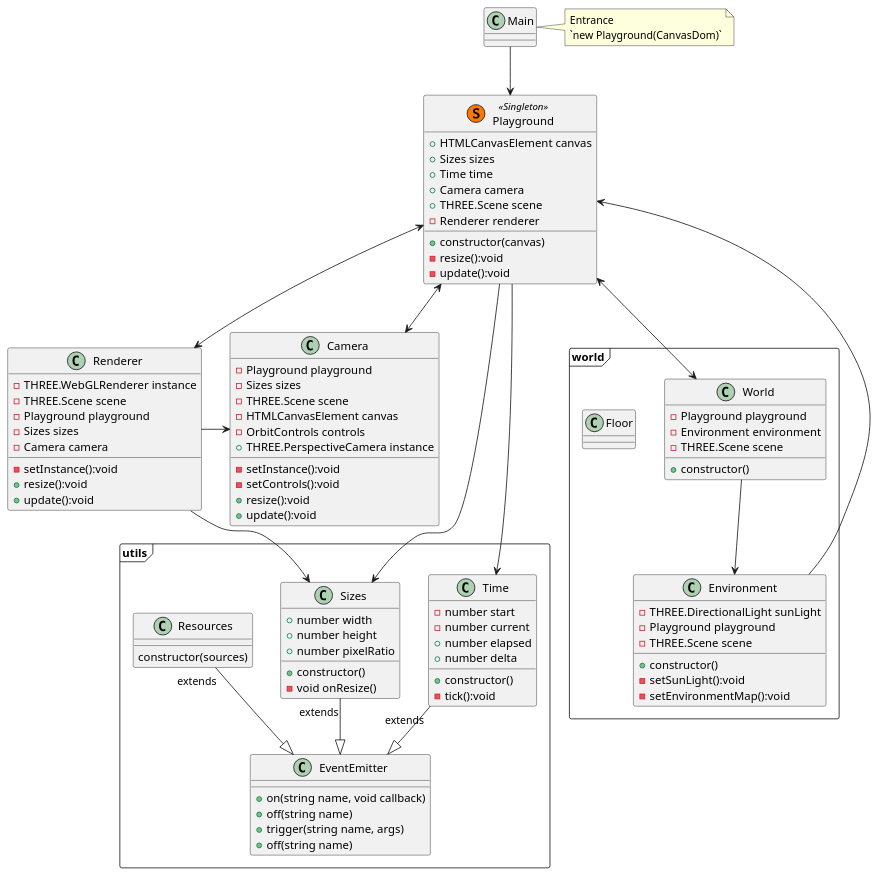
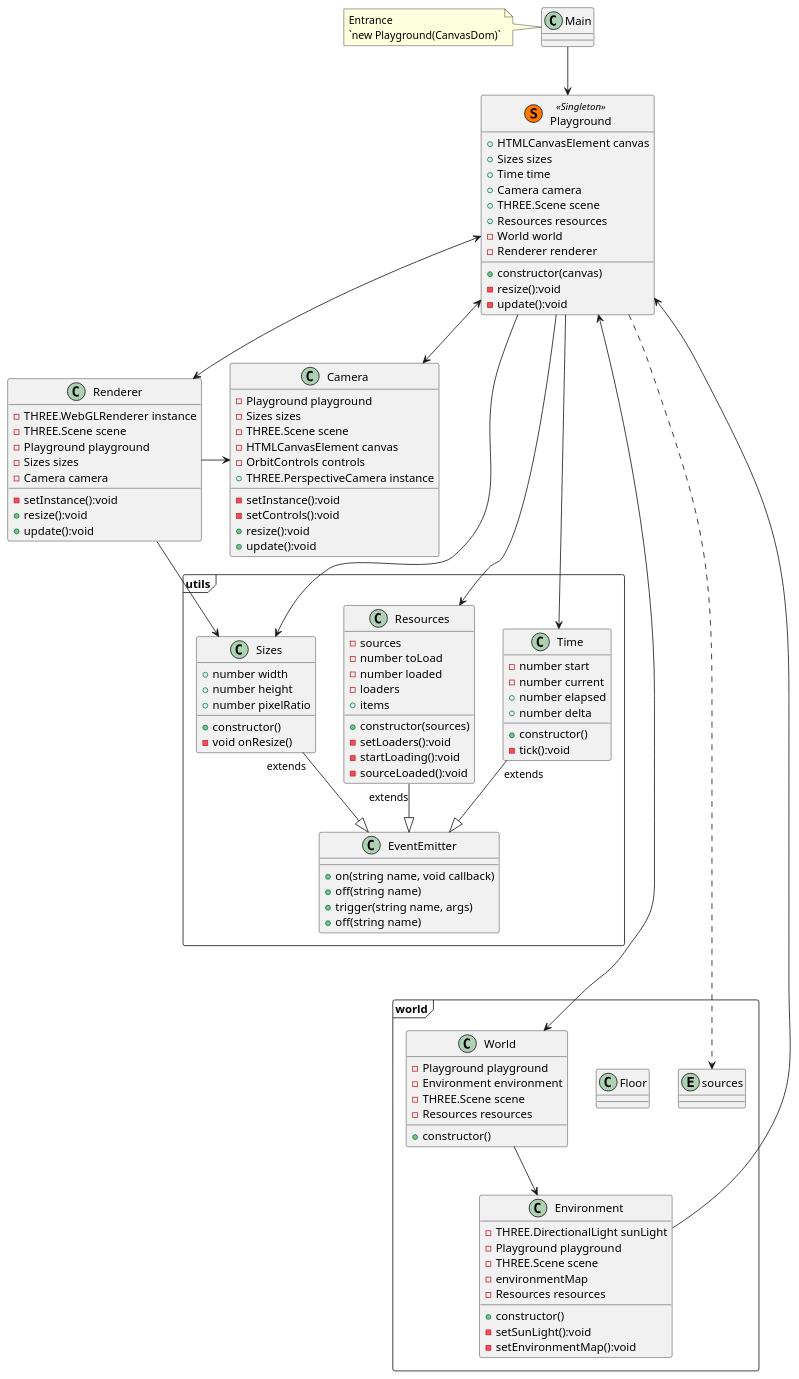
The diagram in docs/26-codeStructure.md (Gaohaoyang/threeJourney), drawn with PlantUML before and after one commit. The commit also changed 5 other files, not shown here.

````diff
--- a/docs/26-codeStructure.md
+++ b/docs/26-codeStructure.md
@@ -5,6 +5,6 @@
 ```plantuml
 class Main {}
-note right of Main
+note left of Main
   Entrance
   `new Playground(CanvasDom)`
 end note
@@ -18,6 +18,8 @@
   +Time time
   +Camera camera
   +THREE.Scene scene
+  +Resources resources
+  -World world
   -Renderer renderer
   +constructor(canvas)
   -resize():void
@@ -74,7 +76,15 @@
   }
 
   class Resources {
-    constructor(sources)
+    -sources
+    -number toLoad
+    -number loaded
+    -loaders
+    +items
+    +constructor(sources)
+    -setLoaders():void
+    -startLoading():void
+    -sourceLoaded():void
   }
 }
 
@@ -83,27 +93,33 @@
     -Playground playground
     -Environment environment
     -THREE.Scene scene
+    -Resources resources
     +constructor()
   }
   class Environment {
     -THREE.DirectionalLight sunLight
     -Playground playground
     -THREE.Scene scene
+    -environmentMap
+    -Resources resources
     +constructor()
     -setSunLight():void
     -setEnvironmentMap():void
   }
   class Floor {}
+  entity sources {}
 }
 
 
 Main --> Playground
 Playground ---> Sizes
 Playground ---> Time
+Playground ---> Resources
+Playground ...> sources
 ' Playground ----> THREE
 Playground <-- Environment
 World --> Environment
-Playground <--> World
+Playground <------> World
 Playground <--> Camera
 Playground <--> Renderer
 ' Camera --> THREE
````
